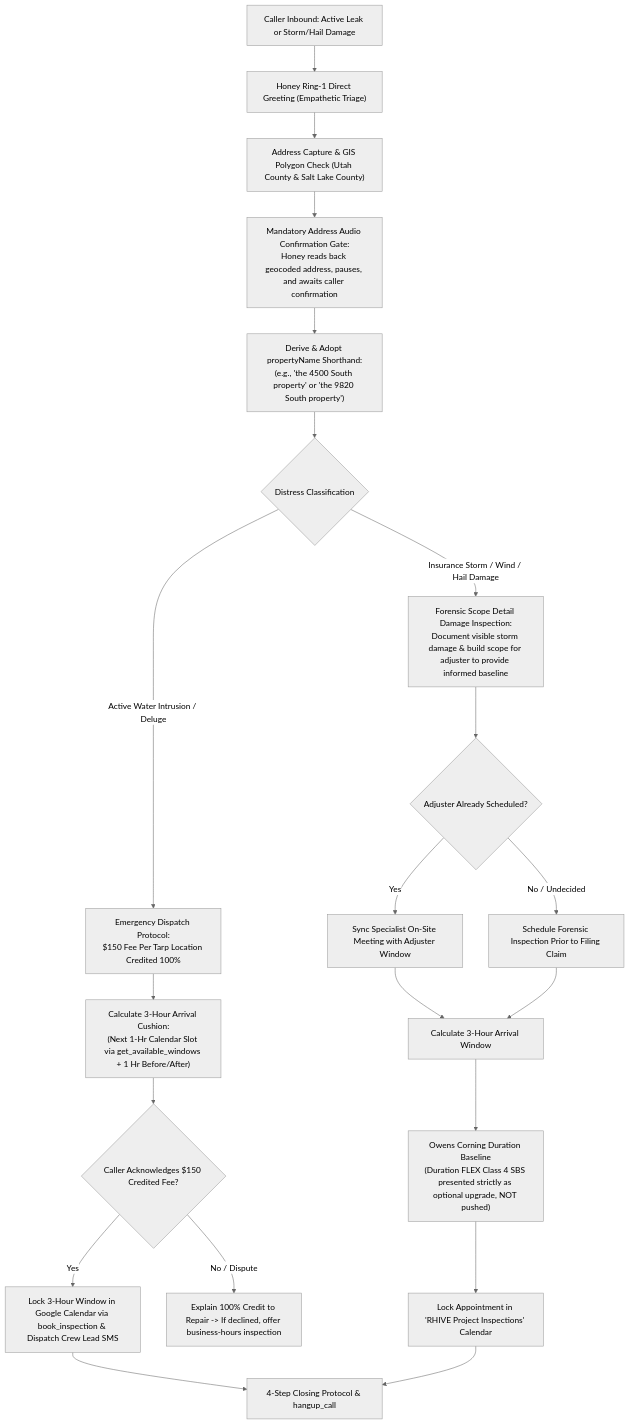
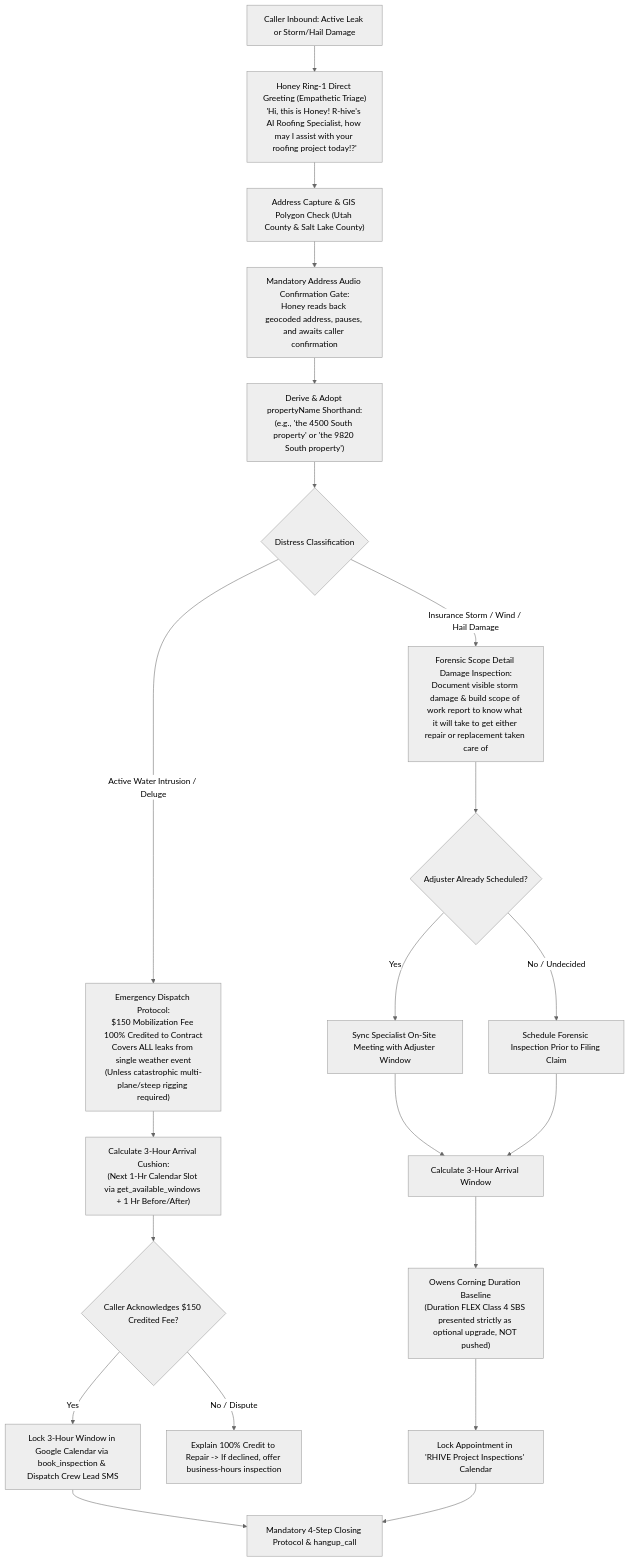
Before and after one commit to RHIVE-Construction/RHIVE-Telephony: the diagram in docs/flow_emergency_leaks_insurance_storm.md, drawn with Mermaid (neutral theme). The commit also changed other lines of this file and 10 other files, not shown here.

Commit message:
feat(telephony): Rev 67 composite ambient loop, GIS auth config, and flow critique updates

````diff
--- a/docs/flow_emergency_leaks_insurance_storm.md
+++ b/docs/flow_emergency_leaks_insurance_storm.md
@@ -16,28 +16,28 @@
 ```mermaid
 flowchart TD
-    Inbound["Caller Inbound: Active Leak or Storm/Hail Damage"] --> HoneyGreet["Honey Ring-1 Direct Greeting (Empathetic Triage)"]
+    Inbound["Caller Inbound: Active Leak or Storm/Hail Damage"] --> HoneyGreet["Honey Ring-1 Direct Greeting (Empathetic Triage)<br/>'Hi, this is Honey! R-hive's AI Roofing Specialist, how may I assist with your roofing project today!?'"]
     HoneyGreet --> AddressCapture["Address Capture & GIS Polygon Check (Utah County & Salt Lake County)"]
     
     AddressCapture --> AddressGate["Mandatory Address Audio Confirmation Gate:<br/>Honey reads back geocoded address, pauses, and awaits caller confirmation"]
     
     AddressGate --> DeriveShorthand["Derive & Adopt propertyName Shorthand:<br/>(e.g., 'the 4500 South property' or 'the 9820 South property')"]
     
     DeriveShorthand --> TriageBranch{"Distress Classification"}
     
-    TriageBranch -->|"Active Water Intrusion / Deluge"| EmergencyTarp["Emergency Dispatch Protocol:<br/>$150 Fee Per Tarp Location Credited 100%"]
+    TriageBranch -->|"Active Water Intrusion / Deluge"| EmergencyTarp["Emergency Dispatch Protocol:<br/>$150 Mobilization Fee 100% Credited to Contract<br/>Covers ALL leaks from single weather event<br/>(Unless catastrophic multi-plane/steep rigging required)"]
     EmergencyTarp --> CalcWindow["Calculate 3-Hour Arrival Cushion:<br/>(Next 1-Hr Calendar Slot via get_available_windows + 1 Hr Before/After)"]
     CalcWindow --> FeeAck{"Caller Acknowledges $150 Credited Fee?"}
     FeeAck -->|"Yes"| BookTarp["Lock 3-Hour Window in Google Calendar via book_inspection & Dispatch Crew Lead SMS"]
-    BookTarp --> ClosingProtocol["4-Step Closing Protocol & hangup_call"]
+    BookTarp --> ClosingProtocol["Mandatory 4-Step Closing Protocol & hangup_call"]
     FeeAck -->|"No / Dispute"| FallbackExplain["Explain 100% Credit to Repair -> If declined, offer business-hours inspection"]
     
-    TriageBranch -->|"Insurance Storm / Wind / Hail Damage"| ForensicAudit["Forensic Scope Detail Damage Inspection:<br/>Document visible storm damage & build scope for adjuster to provide informed baseline"]
+    TriageBranch -->|"Insurance Storm / Wind / Hail Damage"| ForensicAudit["Forensic Scope Detail Damage Inspection:<br/>Document visible storm damage & build scope of work report to know what it will take to get either repair or replacement taken care of"]
     ForensicAudit --> AdjusterTime{"Adjuster Already Scheduled?"}
     AdjusterTime -->|"Yes"| MatchAdjuster["Sync Specialist On-Site Meeting with Adjuster Window"]
     AdjusterTime -->|"No / Undecided"| PreClaimAudit["Schedule Forensic Inspection Prior to Filing Claim"]
     MatchAdjuster --> CalcWindowIns["Calculate 3-Hour Arrival Window"]
     PreClaimAudit --> CalcWindowIns
     CalcWindowIns --> ProductStance["Owens Corning Duration Baseline<br/>(Duration FLEX Class 4 SBS presented strictly as optional upgrade, NOT pushed)"]
     ProductStance --> BookIns["Lock Appointment in 'RHIVE Project Inspections' Calendar"]
     BookIns --> ClosingProtocol
 ```
````
